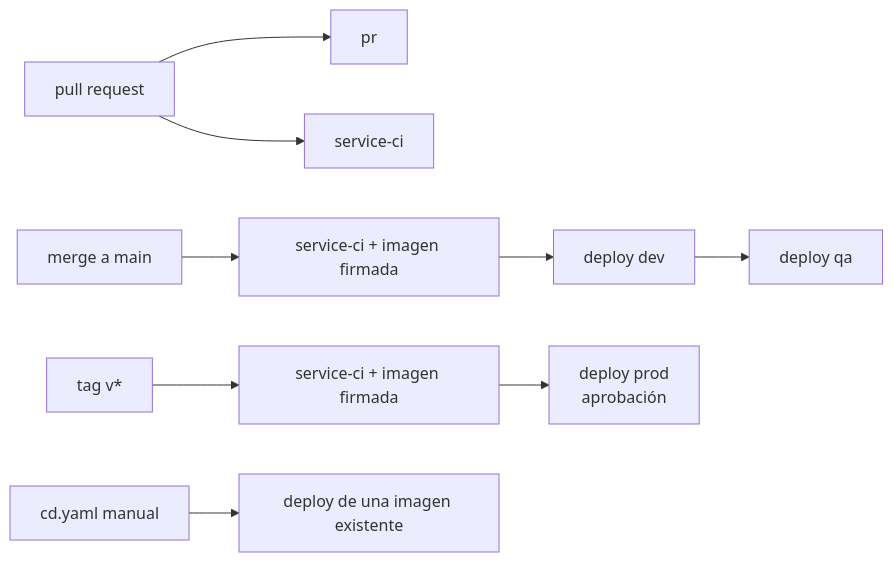
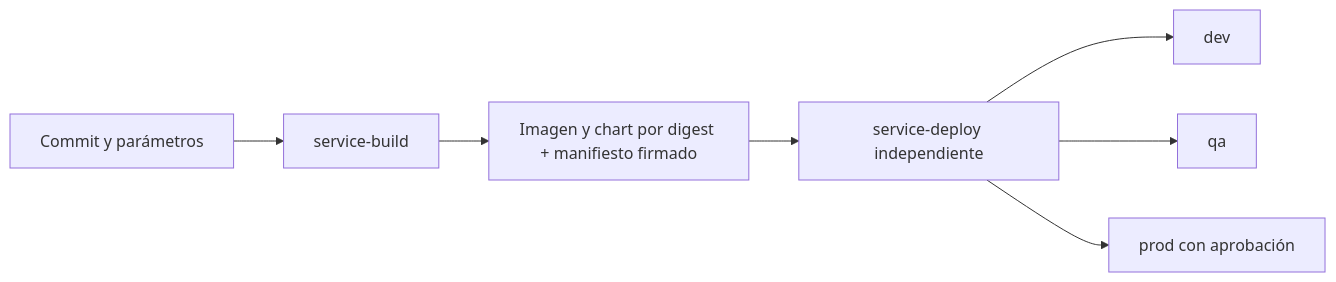
One commit to edgarrth/java-framework-custom changed the diagram in axiz-docs/docs/operacion/ci-cd.md. Above: the diagram before and after it, drawn with Mermaid. The commit also changed other lines of this file and 294 other files, not shown here.

````diff
--- a/axiz-docs/docs/operacion/ci-cd.md
+++ b/axiz-docs/docs/operacion/ci-cd.md
@@ -27,7 +27,9 @@
 ```mermaid
 flowchart LR
-  PR[pull request] --> P[pr] & B1[service-ci]
-  M[merge a main] --> B2[service-ci + imagen firmada] --> D[deploy dev] --> Q[deploy qa]
-  T[tag v*] --> B3[service-ci + imagen firmada] --> PR2[deploy prod<br/>aprobación]
-  C[cd.yaml manual] --> X[deploy de una imagen existente]
+  C[Commit y parámetros] --> B[service-build]
+  B --> A[Imagen y chart por digest + manifiesto firmado]
+  A --> D[service-deploy independiente]
+  D --> V[dev]
+  D --> Q[qa]
+  D --> P[prod con aprobación]
 ```
````
